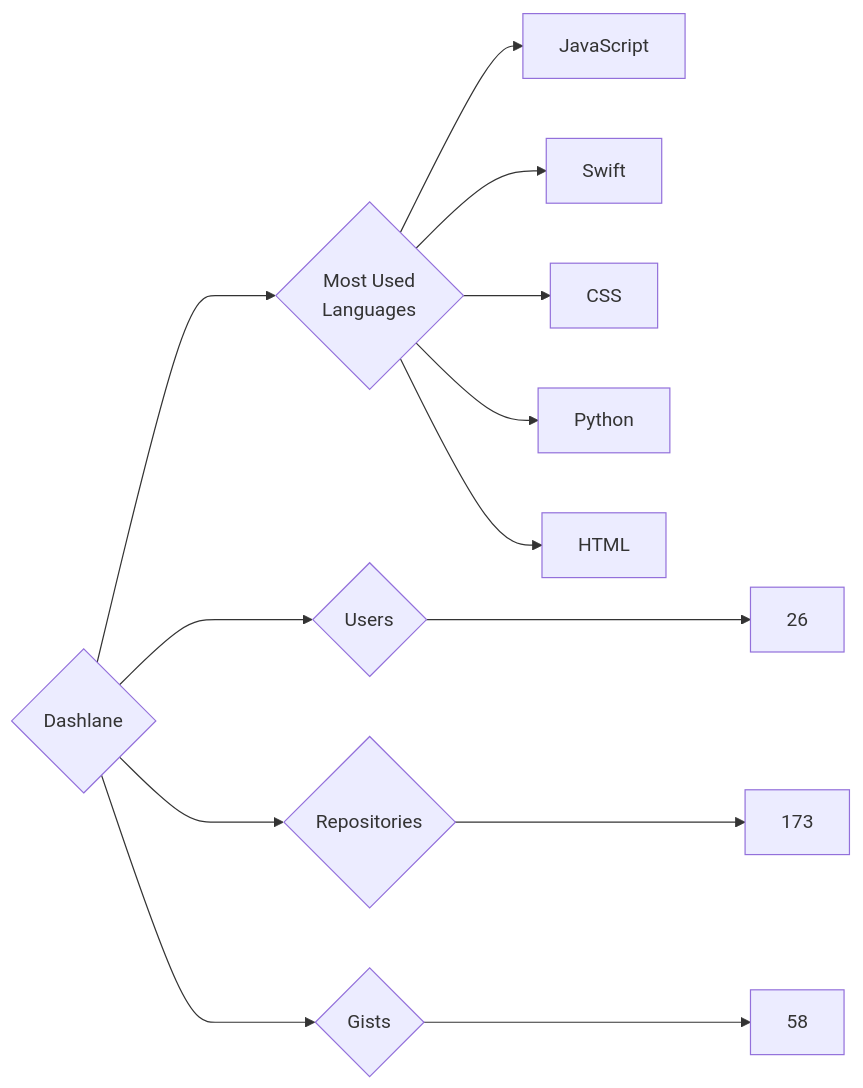
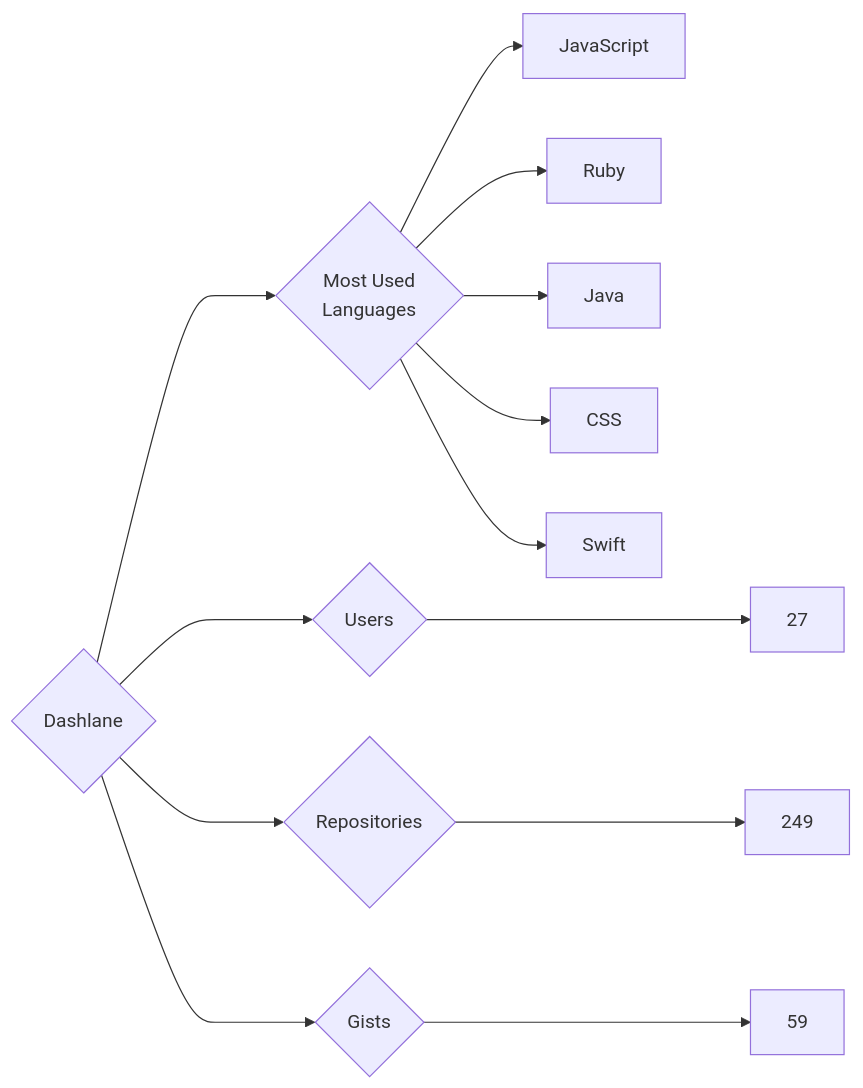
One commit to trickest/insiders changed the diagram in targets/Dashlane/README.md. Above: the diagram before and after it, drawn with Mermaid. The commit also changed 951 other files, not shown here.

````diff
--- a/targets/Dashlane/README.md
+++ b/targets/Dashlane/README.md
@@ -3,13 +3,13 @@
 ```mermaid
 graph LR
 COMPANY_NAME{Dashlane}
-COMPANY_NAME ---> U{Users} ---> UN[26]
-COMPANY_NAME ---> R{Repositories} ---> RN[173]
-COMPANY_NAME ---> G{Gists} ---> GN[58]
+COMPANY_NAME ---> U{Users} ---> UN[27]
+COMPANY_NAME ---> R{Repositories} ---> RN[249]
+COMPANY_NAME ---> G{Gists} ---> GN[59]
 COMPANY_NAME ---> ML{Most Used<br>Languages}
-ML --> JavaScript
-ML --> Swift
-ML --> CSS
-ML --> Python
-ML --> HTML
+ML --> JavaScript[JavaScript]
+ML --> Ruby[Ruby]
+ML --> Java[Java]
+ML --> CSS[CSS]
+ML --> Swift[Swift]
 ```
````
